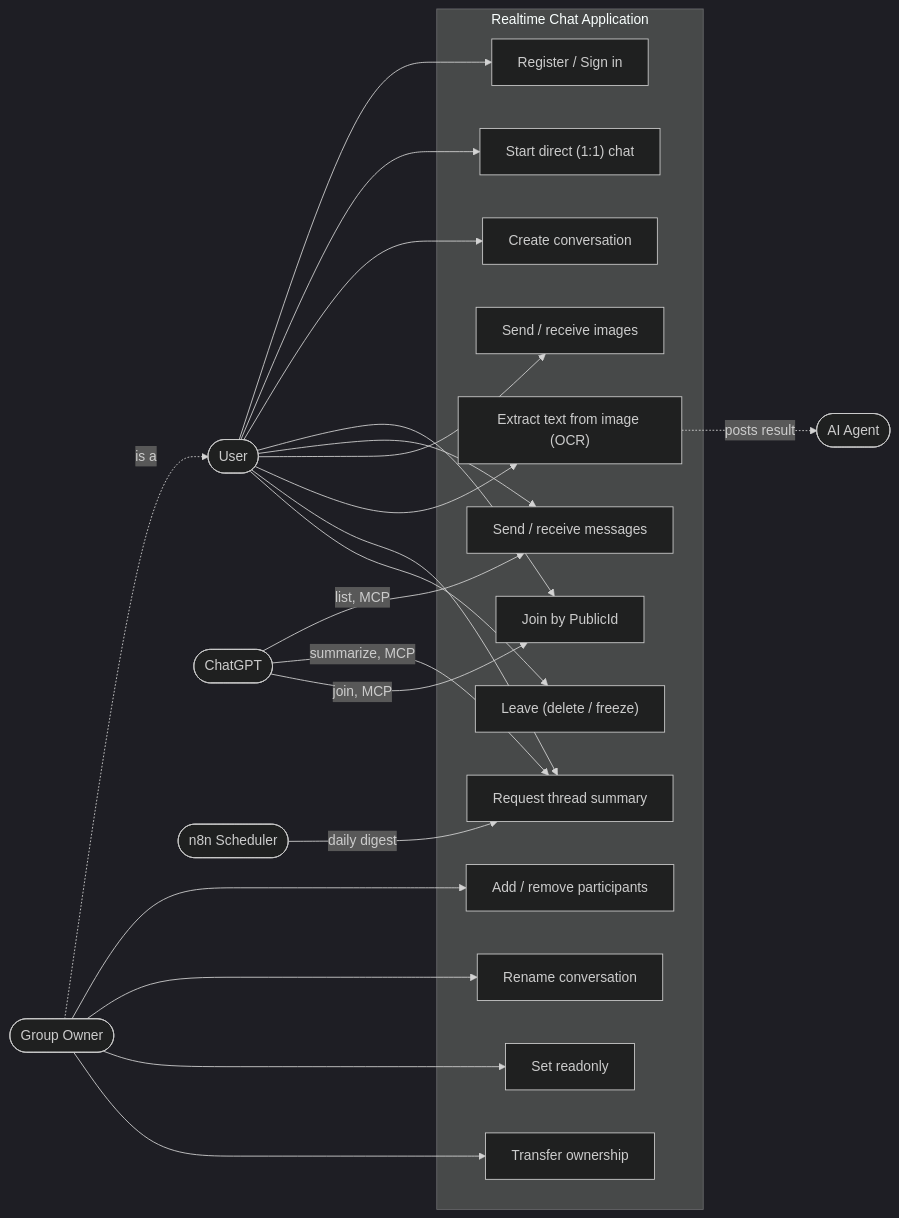
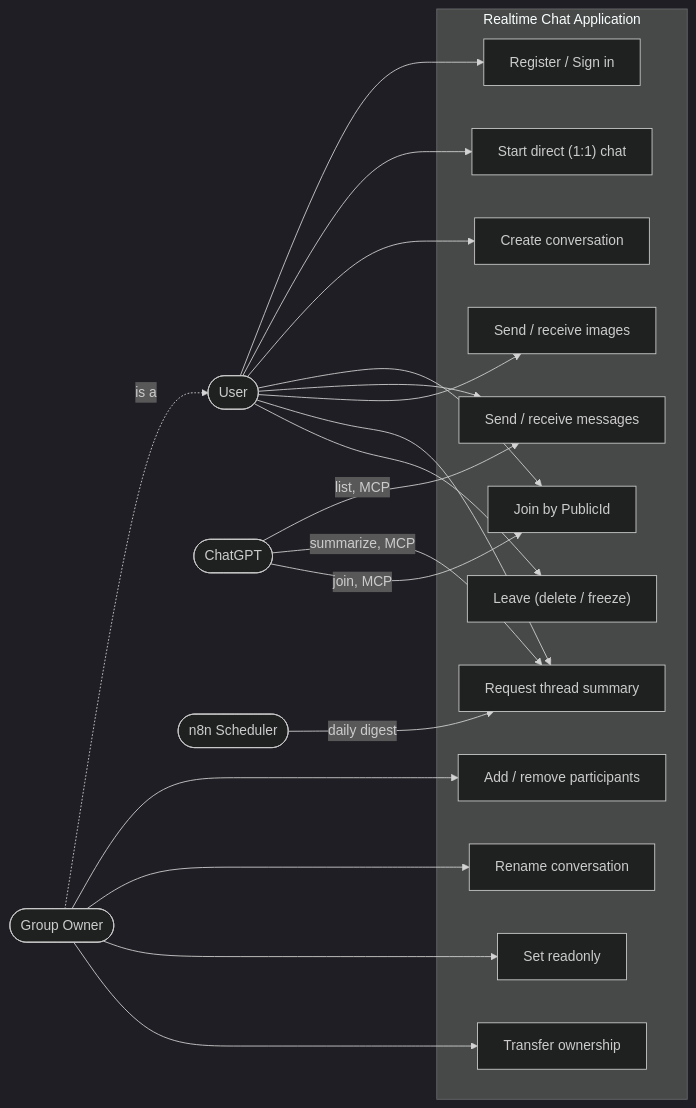
Before and after one commit to phanxuanquang/jetomax-assignment: the first of 5 diagrams in docs/software-requirements-specification.md, drawn with Mermaid (dark theme). The commit also changed other lines of this file and 3 other files, not shown here.

````diff
--- a/docs/software-requirements-specification.md
+++ b/docs/software-requirements-specification.md
@@ -67,47 +64,43 @@
 ```mermaid
 flowchart LR
     U(["User"])
     O(["Group Owner"])
     GPT(["ChatGPT"])
     N8N(["n8n Scheduler"])
-    AG(["AI Agent"])
 
     subgraph SYS["Realtime Chat Application"]
         UC_AUTH["Register / Sign in"]
         UC_DM["Start direct (1:1) chat"]
         UC_CREATE["Create conversation"]
         UC_JOIN["Join by PublicId"]
         UC_MSG["Send / receive messages"]
         UC_IMG["Send / receive images"]
-        UC_OCR["Extract text from image (OCR)"]
         UC_SUM["Request thread summary"]
         UC_MANAGE["Add / remove participants"]
         UC_RENAME["Rename conversation"]
         UC_RO["Set readonly"]
         UC_XFER["Transfer ownership"]
         UC_LEAVE["Leave (delete / freeze)"]
     end
 
     O -.->|is a| U
 
     U --> UC_AUTH
     U --> UC_DM
     U --> UC_CREATE
     U --> UC_JOIN
     U --> UC_MSG
     U --> UC_IMG
-    U --> UC_OCR
     U --> UC_SUM
     U --> UC_LEAVE
 
     O --> UC_MANAGE
     O --> UC_RENAME
     O --> UC_RO
     O --> UC_XFER
 
-    UC_OCR -.->|posts result| AG
     GPT -->|list, MCP| UC_MSG
     GPT -->|summarize, MCP| UC_SUM
     GPT -->|join, MCP| UC_JOIN
     N8N -->|daily digest| UC_SUM
 ```
````
